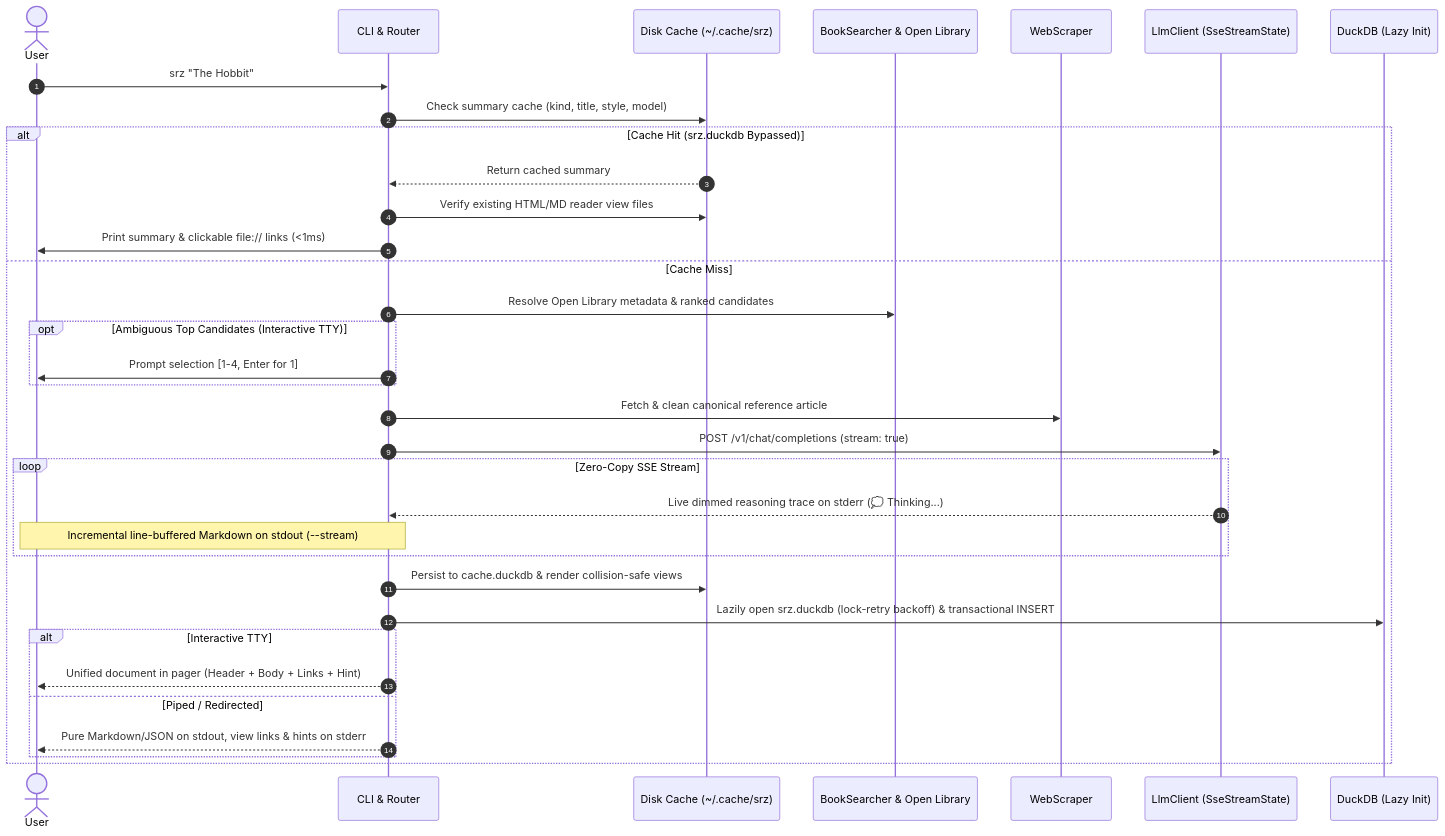
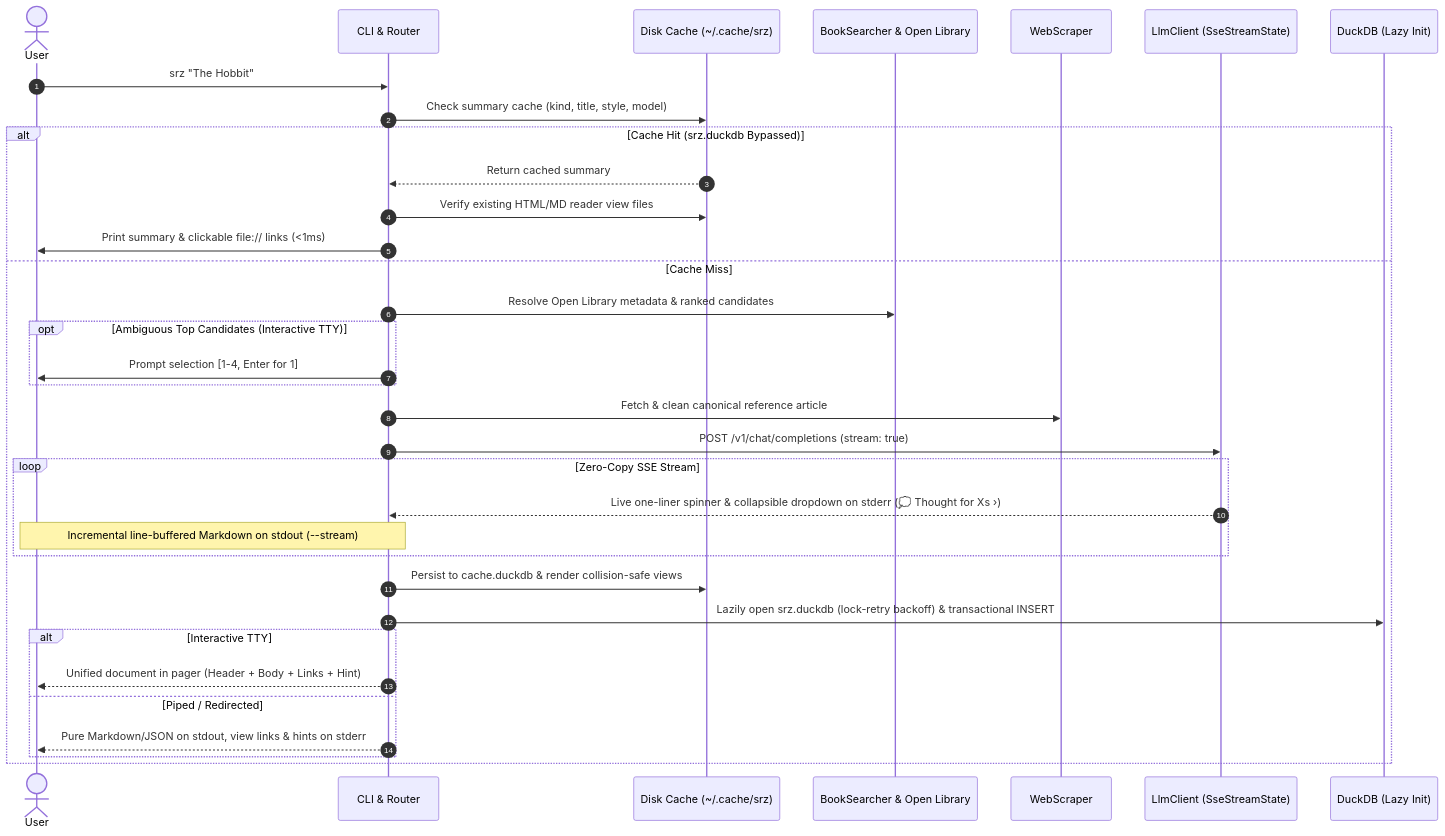
Before and after one commit to NewGuy012/srz: the second of 4 diagrams in docs/src/architecture.md, drawn with Mermaid. The commit also changed other lines of this file and 5 other files, not shown here.

Commit message:
feat(ui): add compact thinking UI with real-time one-liner spinner and Antigravity-style dropdown

````diff
--- a/docs/src/architecture.md
+++ b/docs/src/architecture.md
@@ -133,37 +133,37 @@
 ```mermaid
 sequenceDiagram
     autonumber
     actor User
     participant CLI as CLI & Router
     participant Cache as Disk Cache (~/.cache/srz)
     participant Search as BookSearcher & Open Library
     participant Scraper as WebScraper
     participant LLM as LlmClient (SseStreamState)
     participant DB as DuckDB (Lazy Init)
 
     User->>CLI: srz "The Hobbit"
     CLI->>Cache: Check summary cache (kind, title, style, model)
     alt Cache Hit (srz.duckdb Bypassed)
         Cache-->>CLI: Return cached summary
         CLI->>Cache: Verify existing HTML/MD reader view files
         CLI->>User: Print summary & clickable file:// links (<1ms)
     else Cache Miss
         CLI->>Search: Resolve Open Library metadata & ranked candidates
         opt Ambiguous Top Candidates (Interactive TTY)
             CLI->>User: Prompt selection [1-4, Enter for 1]
         end
         CLI->>Scraper: Fetch & clean canonical reference article
         CLI->>LLM: POST /v1/chat/completions (stream: true)
         loop Zero-Copy SSE Stream
-            LLM-->>CLI: Live dimmed reasoning trace on stderr (💭 Thinking...)
+            LLM-->>CLI: Live one-liner spinner & collapsible dropdown on stderr (💭 Thought for Xs ›)
             Note over CLI,User: Incremental line-buffered Markdown on stdout (--stream)
         end
         CLI->>Cache: Persist to cache.duckdb & render collision-safe views
         CLI->>DB: Lazily open srz.duckdb (lock-retry backoff) & transactional INSERT
         alt Interactive TTY
             CLI-->>User: Unified document in pager (Header + Body + Links + Hint)
         else Piped / Redirected
             CLI-->>User: Pure Markdown/JSON on stdout, view links & hints on stderr
         end
     end
 ```
````
